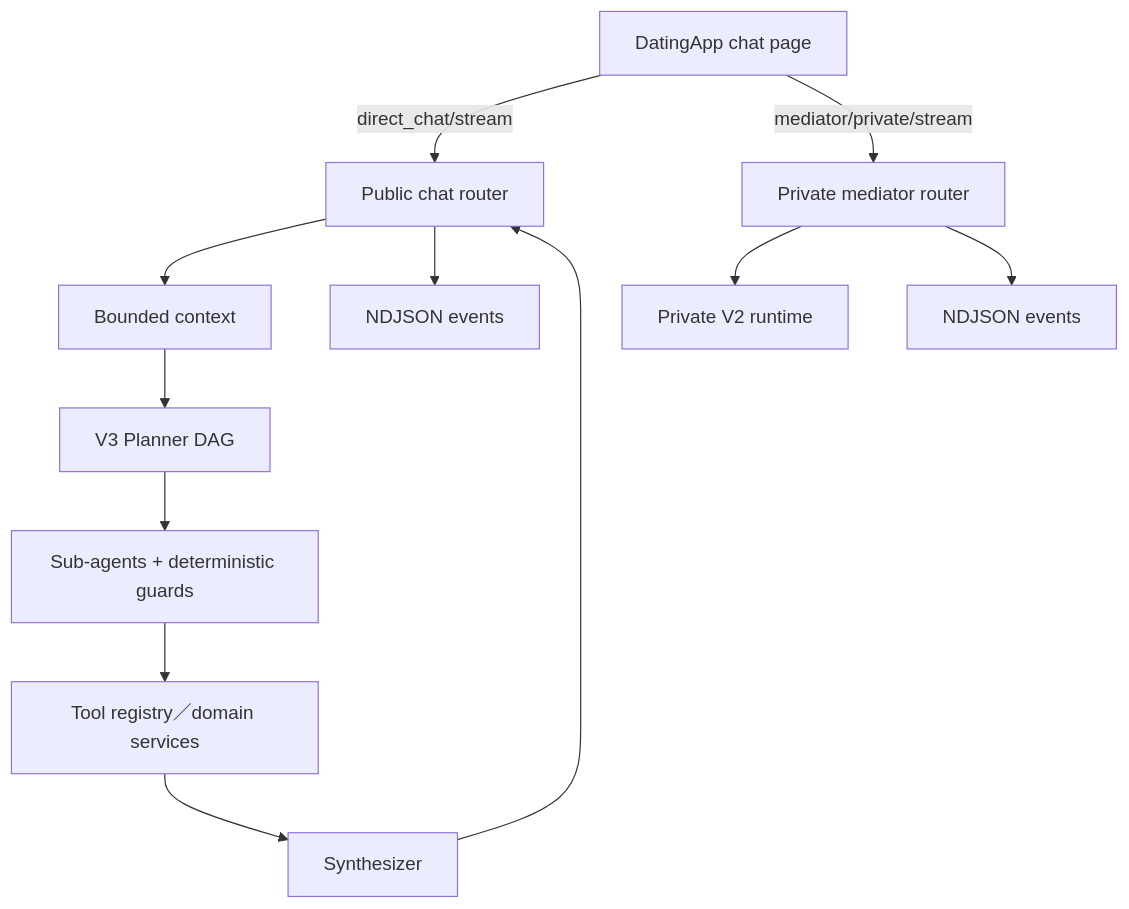
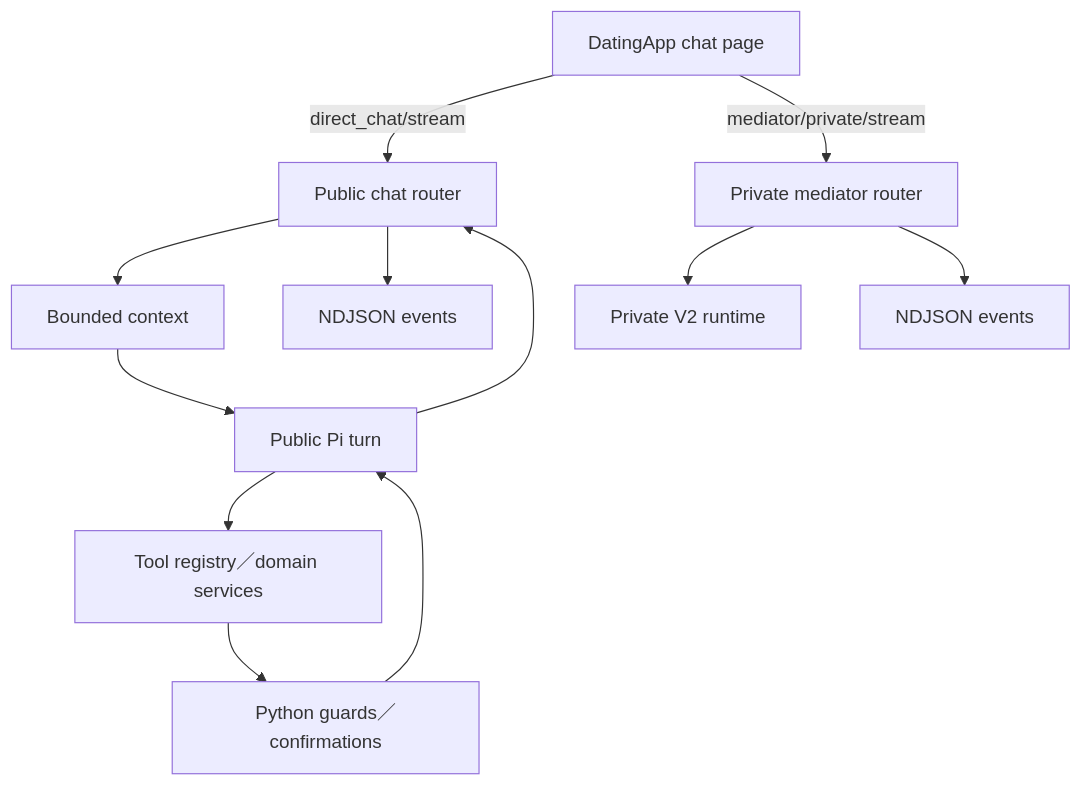
The first of 2 diagrams in site/docs/content/05-ai-agent.md (sunnysideup116116-bit/DatingAppBuild), drawn with Mermaid before and after one commit. The commit also changed other lines of this file and 13 other files, not shown here.

````diff
--- a/site/docs/content/05-ai-agent.md
+++ b/site/docs/content/05-ai-agent.md
@@ -25,14 +26,14 @@
 ```mermaid
 flowchart TD
     UI[DatingApp chat page] -->|direct_chat/stream| PUBLIC[Public chat router]
     UI -->|mediator/private/stream| PRIVATE[Private mediator router]
     PUBLIC --> CTX[Bounded context]
-    CTX --> PLAN[V3 Planner DAG]
-    PLAN --> SUB[Sub-agents + deterministic guards]
-    SUB --> TOOLS[Tool registry／domain services]
-    TOOLS --> SYN[Synthesizer]
-    SYN --> PUBLIC
+    CTX --> PI[Public Pi turn]
+    PI --> TOOLS[Tool registry／domain services]
+    TOOLS --> GUARD[Python guards／confirmations]
+    GUARD --> PI
+    PI --> PUBLIC
     PRIVATE --> PV2[Private V2 runtime]
     PUBLIC --> OUT[NDJSON events]
     PRIVATE --> OUT2[NDJSON events]
 ```
````
